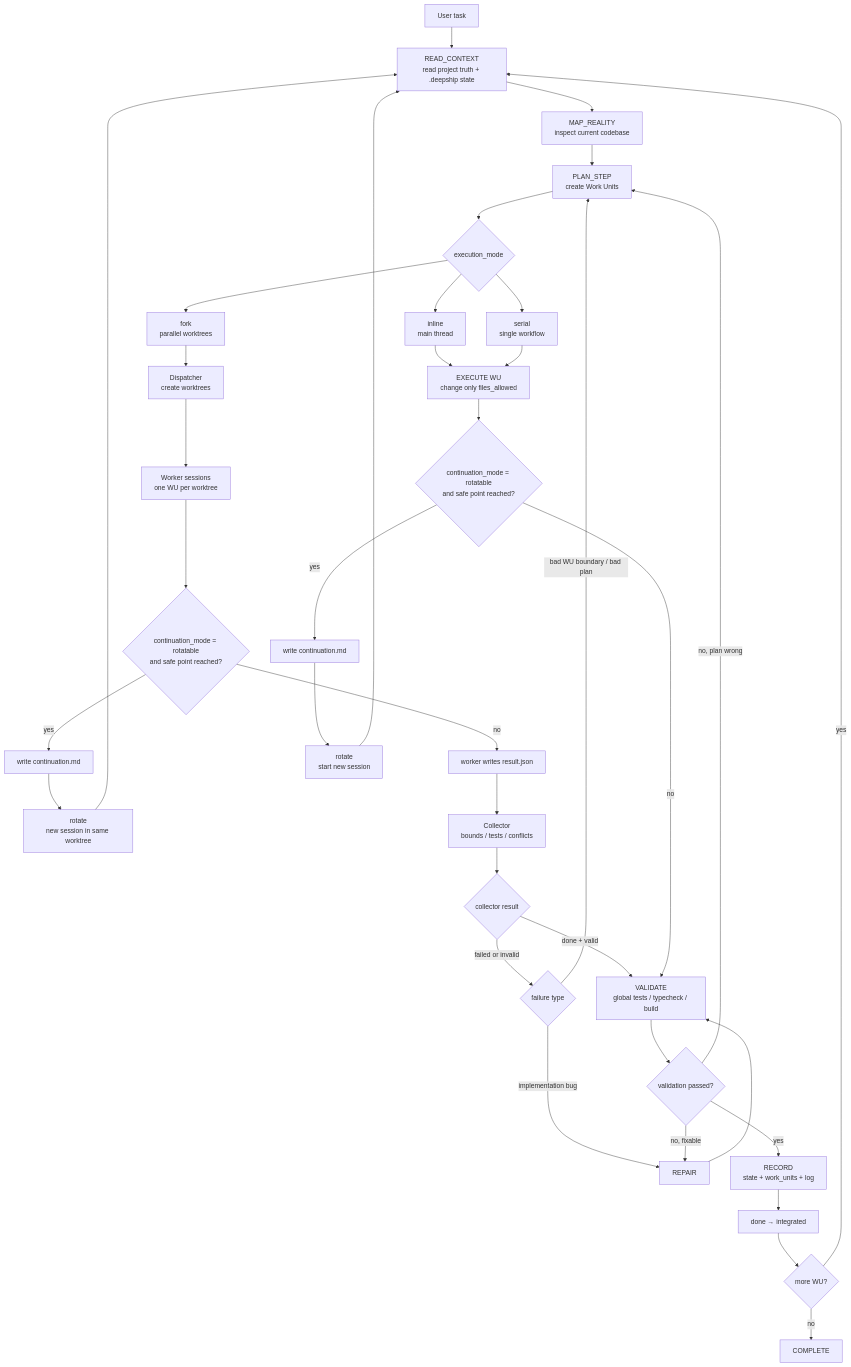
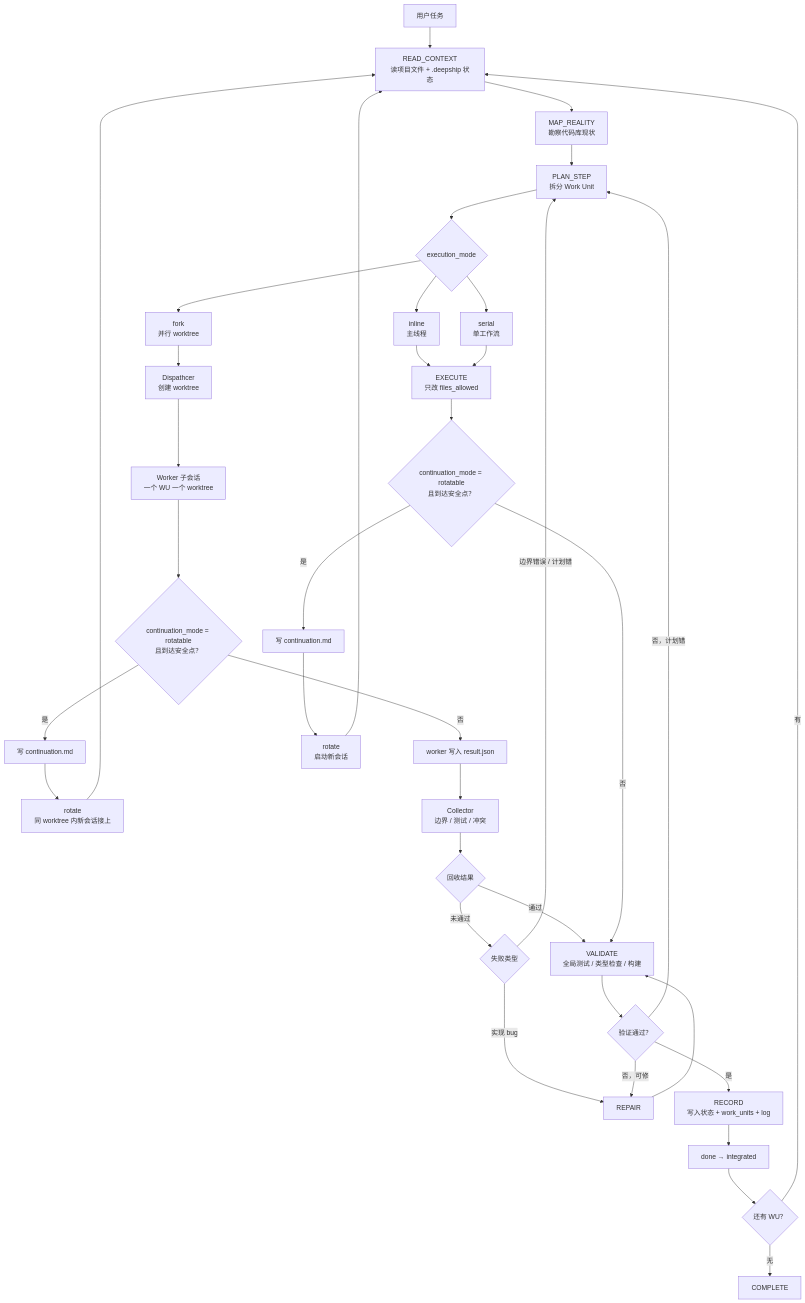
Before and after one commit to felix-0602/splitrun: the diagram in README.md, drawn with Mermaid. The commit also changed other lines of this file, not shown here.

````diff
--- a/README.md
+++ b/README.md
@@ -38,43 +36,43 @@
 ```mermaid
 flowchart TD
-  A["User task"] --> B["READ_CONTEXT<br/>read project truth + .deepship state"]
-  B --> C["MAP_REALITY<br/>inspect current codebase"]
-  C --> D["PLAN_STEP<br/>create Work Units"]
+  A["用户任务"] --> B["READ_CONTEXT<br/>读项目文件 + .deepship 状态"]
+  B --> C["MAP_REALITY<br/>勘察代码库现状"]
+  C --> D["PLAN_STEP<br/>拆分 Work Unit"]
   D --> E{"execution_mode"}
-  E --> E1["inline<br/>main thread"]
-  E --> E2["serial<br/>single workflow"]
-  E --> E3["fork<br/>parallel worktrees"]
+  E --> E1["inline<br/>主线程"]
+  E --> E2["serial<br/>单工作流"]
+  E --> E3["fork<br/>并行 worktree"]
 
-  E1 --> F["EXECUTE WU<br/>change only files_allowed"]
+  E1 --> F["EXECUTE<br/>只改 files_allowed"]
   E2 --> F
 
-  E3 --> G["Dispatcher<br/>create worktrees"]
-  G --> H["Worker sessions<br/>one WU per worktree"]
-  H --> R{"continuation_mode = rotatable<br/>and safe point reached?"}
-  R -- "yes" --> R1["write continuation.md"]
-  R1 --> R2["rotate<br/>new session in same worktree"]
+  E3 --> G["Dispathcer<br/>创建 worktree"]
+  G --> H["Worker 子会话<br/>一个 WU 一个 worktree"]
+  H --> R{"continuation_mode = rotatable<br/>且到达安全点？"}
+  R -- "是" --> R1["写 continuation.md"]
+  R1 --> R2["rotate<br/>同 worktree 内新会话接上"]
   R2 --> B
-  R -- "no" --> I["worker writes result.json"]
-  I --> J["Collector<br/>bounds / tests / conflicts"]
-  J --> JQ{"collector result"}
-  JQ -- "done + valid" --> V["VALIDATE<br/>global tests / typecheck / build"]
-  JQ -- "failed or invalid" --> P{"failure type"}
-  P -- "implementation bug" --> X["REPAIR"]
-  P -- "bad WU boundary / bad plan" --> D
+  R -- "否" --> I["worker 写入 result.json"]
+  I --> J["Collector<br/>边界 / 测试 / 冲突"]
+  J --> JQ{"回收结果"}
+  JQ -- "通过" --> V["VALIDATE<br/>全局测试 / 类型检查 / 构建"]
+  JQ -- "未通过" --> P{"失败类型"}
+  P -- "实现 bug" --> X["REPAIR"]
+  P -- "边界错误 / 计划错" --> D
 
-  F --> R3{"continuation_mode = rotatable<br/>and safe point reached?"}
-  R3 -- "yes" --> R4["write continuation.md"]
-  R4 --> R5["rotate<br/>start new session"]
+  F --> R3{"continuation_mode = rotatable<br/>且到达安全点？"}
+  R3 -- "是" --> R4["写 continuation.md"]
+  R4 --> R5["rotate<br/>启动新会话"]
   R5 --> B
-  R3 -- "no" --> V
+  R3 -- "否" --> V
 
   X --> V
-  V --> Q{"validation passed?"}
-  Q -- "no, fixable" --> X
-  Q -- "no, plan wrong" --> D
-  Q -- "yes" --> K["RECORD<br/>state + work_units + log"]
+  V --> Q{"验证通过？"}
+  Q -- "否，可修" --> X
+  Q -- "否，计划错" --> D
+  Q -- "是" --> K["RECORD<br/>写入状态 + work_units + log"]
   K --> L["done → integrated"]
-  L --> M{"more WU?"}
-  M -- "yes" --> B
-  M -- "no" --> N["COMPLETE"]
+  L --> M{"还有 WU？"}
+  M -- "有" --> B
+  M -- "无" --> N["COMPLETE"]
 ```
````
